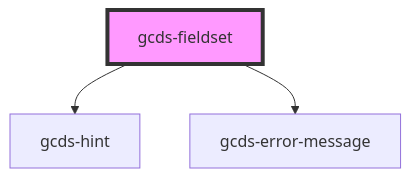
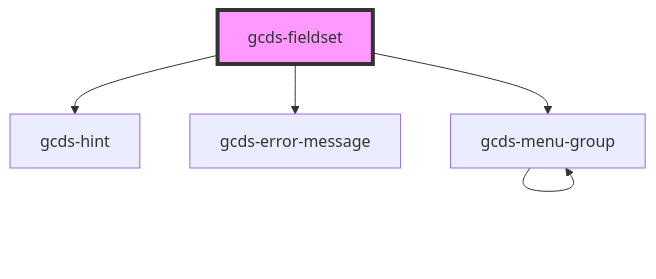
The diagram in packages/web/src/components/gcds-fieldset/readme.md (cds-snc/gcds-components), drawn with Mermaid before and after one commit. The commit also changed other lines of this file and 37 other files, not shown here.

````diff
--- a/packages/web/src/components/gcds-fieldset/readme.md
+++ b/packages/web/src/components/gcds-fieldset/readme.md
@@ -53,6 +54,8 @@
 ```mermaid
 graph TD;
   gcds-fieldset --> gcds-hint
   gcds-fieldset --> gcds-error-message
+  gcds-fieldset --> gcds-menu-group
+  gcds-menu-group --> gcds-menu-group
   style gcds-fieldset fill:#f9f,stroke:#333,stroke-width:4px
 ```
````
